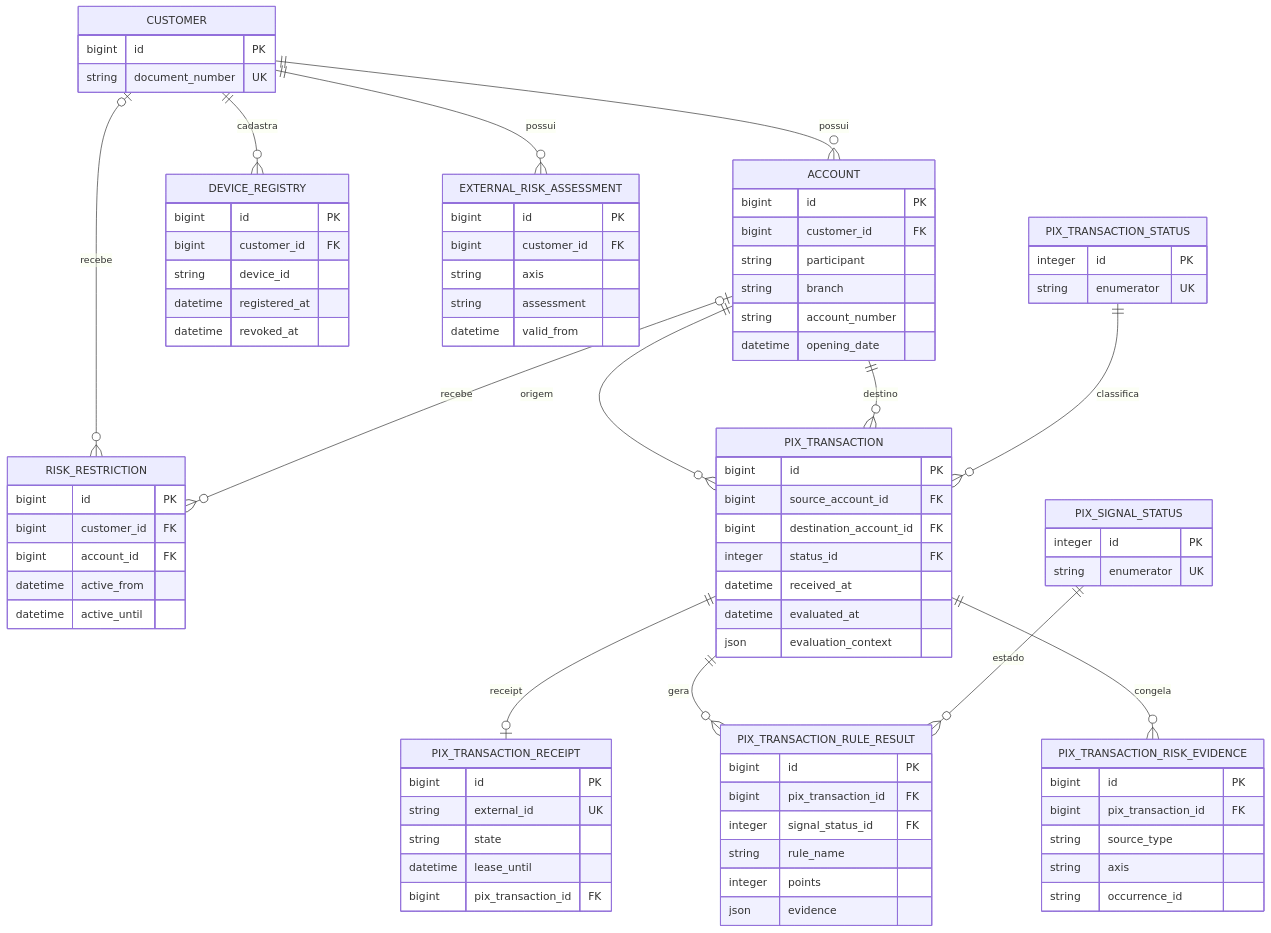
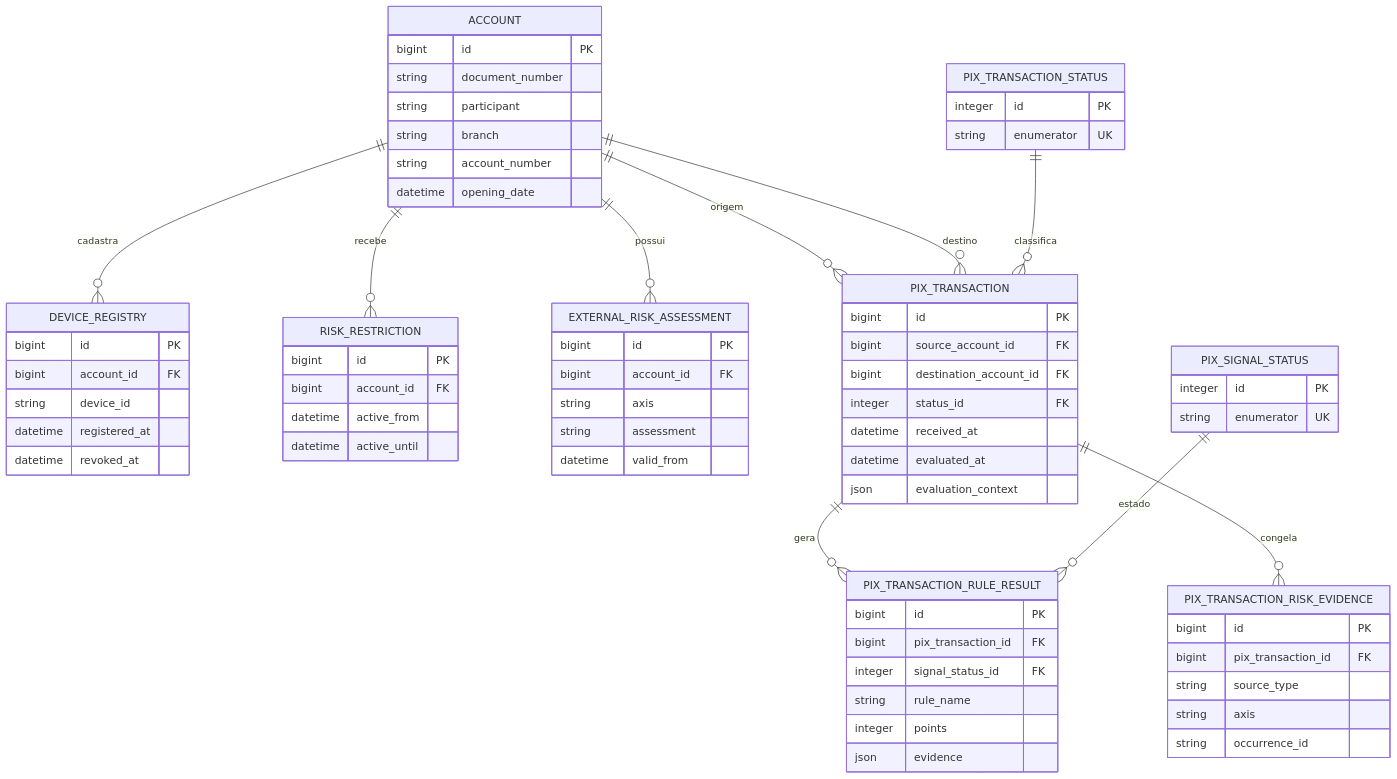
The second of 2 diagrams in docs/README-interno.md (Rafael-Lombardi/Hackathon-QITech), drawn with Mermaid before and after one commit. The commit also changed other lines of this file and 30 other files, not shown here.

Commit message:
simplify synchronous pix evaluation and document data model

````diff
--- a/docs/README-interno.md
+++ b/docs/README-interno.md
@@ -447,26 +443,19 @@
 ```mermaid
 erDiagram
-    CUSTOMER ||--o{ ACCOUNT : possui
-    CUSTOMER ||--o{ DEVICE_REGISTRY : cadastra
-    CUSTOMER o|--o{ RISK_RESTRICTION : recebe
-    ACCOUNT o|--o{ RISK_RESTRICTION : recebe
-    CUSTOMER ||--o{ EXTERNAL_RISK_ASSESSMENT : possui
+    ACCOUNT ||--o{ DEVICE_REGISTRY : cadastra
+    ACCOUNT ||--o{ RISK_RESTRICTION : recebe
+    ACCOUNT ||--o{ EXTERNAL_RISK_ASSESSMENT : possui
 
     ACCOUNT ||--o{ PIX_TRANSACTION : origem
     ACCOUNT ||--o{ PIX_TRANSACTION : destino
     PIX_TRANSACTION_STATUS ||--o{ PIX_TRANSACTION : classifica
-    PIX_TRANSACTION ||--o| PIX_TRANSACTION_RECEIPT : receipt
     PIX_TRANSACTION ||--o{ PIX_TRANSACTION_RULE_RESULT : gera
     PIX_SIGNAL_STATUS ||--o{ PIX_TRANSACTION_RULE_RESULT : estado
     PIX_TRANSACTION ||--o{ PIX_TRANSACTION_RISK_EVIDENCE : congela
 
-    CUSTOMER {
-        bigint id PK
-        string document_number UK
-    }
     ACCOUNT {
         bigint id PK
-        bigint customer_id FK
+        string document_number
         string participant
         string branch
         string account_number
@@ -474,21 +463,20 @@
     }
     DEVICE_REGISTRY {
         bigint id PK
-        bigint customer_id FK
+        bigint account_id FK
         string device_id
         datetime registered_at
         datetime revoked_at
     }
     RISK_RESTRICTION {
         bigint id PK
-        bigint customer_id FK
         bigint account_id FK
         datetime active_from
         datetime active_until
     }
     EXTERNAL_RISK_ASSESSMENT {
         bigint id PK
-        bigint customer_id FK
+        bigint account_id FK
         string axis
         string assessment
         datetime valid_from
@@ -501,13 +489,6 @@
         datetime received_at
         datetime evaluated_at
         json evaluation_context
-    }
-    PIX_TRANSACTION_RECEIPT {
-        bigint id PK
-        string external_id UK
-        string state
-        datetime lease_until
-        bigint pix_transaction_id FK
     }
     PIX_TRANSACTION_RULE_RESULT {
         bigint id PK
````
